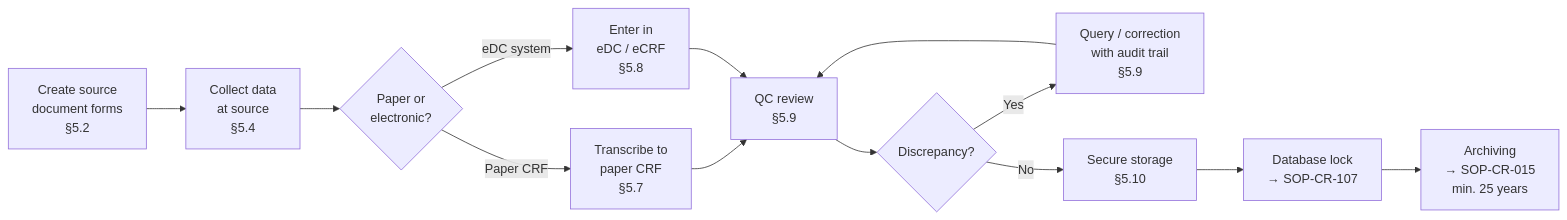
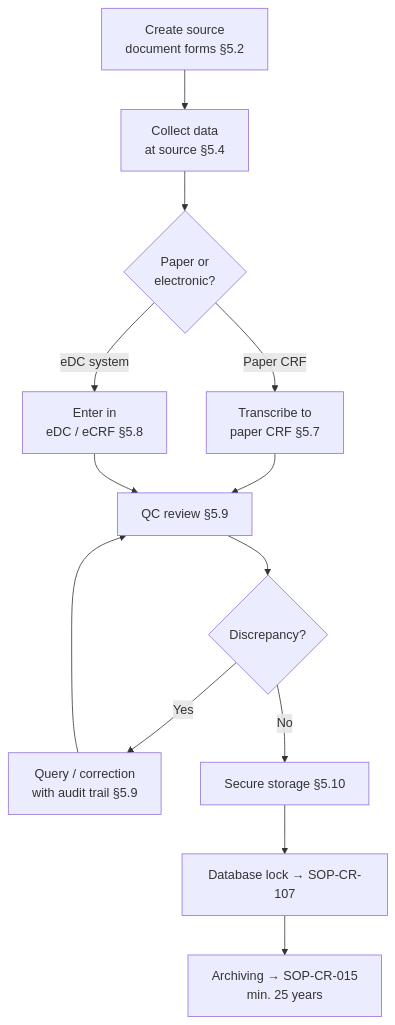
The diagram in sops/cr-014.mdx (matthewfiorentino/docs), drawn with Mermaid before and after one commit. The commit also changed 2 other files, not shown here.

Commit message:
Convert all LR mermaid diagrams to TD for proper sizing and zoom controls

````diff
--- a/sops/cr-014.mdx
+++ b/sops/cr-014.mdx
@@ -61,15 +61,15 @@
 ```mermaid
-flowchart LR
-    A["Create source\ndocument forms\n§5.2"] --> B["Collect data\nat source\n§5.4"]
+flowchart TD
+    A["Create source\ndocument forms §5.2"] --> B["Collect data\nat source §5.4"]
     B --> C{"Paper or\nelectronic?"}
-    C -- "Paper CRF" --> D["Transcribe to\npaper CRF\n§5.7"]
-    C -- "eDC system" --> E["Enter in\neDC / eCRF\n§5.8"]
-    D --> F["QC review\n§5.9"]
+    C -- "Paper CRF" --> D["Transcribe to\npaper CRF §5.7"]
+    C -- "eDC system" --> E["Enter in\neDC / eCRF §5.8"]
+    D --> F["QC review §5.9"]
     E --> F
     F --> G{"Discrepancy?"}
-    G -- "Yes" --> H["Query / correction\nwith audit trail\n§5.9"]
+    G -- "Yes" --> H["Query / correction\nwith audit trail §5.9"]
     H --> F
-    G -- "No" --> I["Secure storage\n§5.10"]
-    I --> J["Database lock\n→ SOP-CR-107"]
-    J --> K["Archiving\n→ SOP-CR-015\nmin. 25 years"]
+    G -- "No" --> I["Secure storage §5.10"]
+    I --> J["Database lock → SOP-CR-107"]
+    J --> K["Archiving → SOP-CR-015\nmin. 25 years"]
 ```
````
